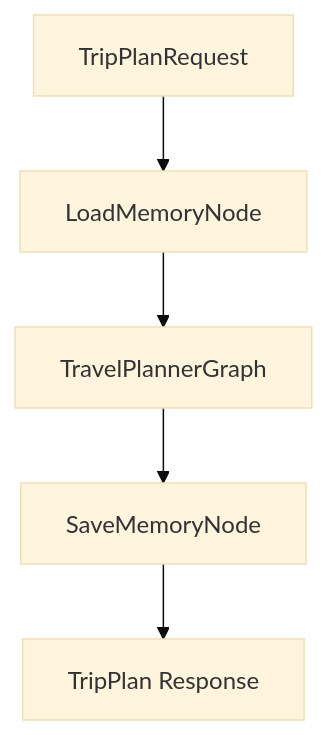
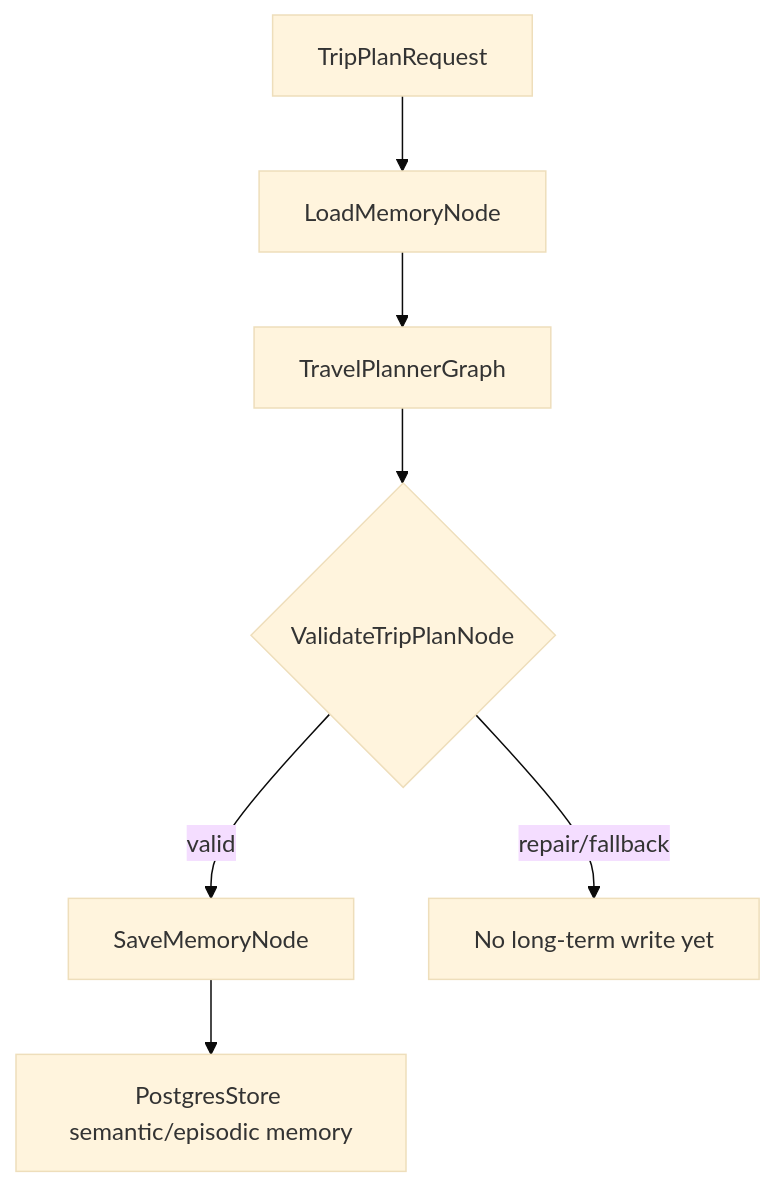
The diagram in doc/memory_design.md (TheBigCharles/ZoeyAgent), drawn with Mermaid (base theme) before and after one commit. The commit also changed other lines of this file and 8 other files, not shown here.

````diff
--- a/doc/memory_design.md
+++ b/doc/memory_design.md
@@ -309,7 +319,9 @@
 ```mermaid
 flowchart TD
     A["TripPlanRequest"] --> B["LoadMemoryNode"]
     B --> C["TravelPlannerGraph"]
-    C --> D["SaveMemoryNode"]
-    D --> E["TripPlan Response"]
+    C --> D{"ValidateTripPlanNode"}
+    D -->|valid| E["SaveMemoryNode"]
+    D -->|repair/fallback| F["No long-term write yet"]
+    E --> G["PostgresStore semantic/episodic memory"]
 ```
````
